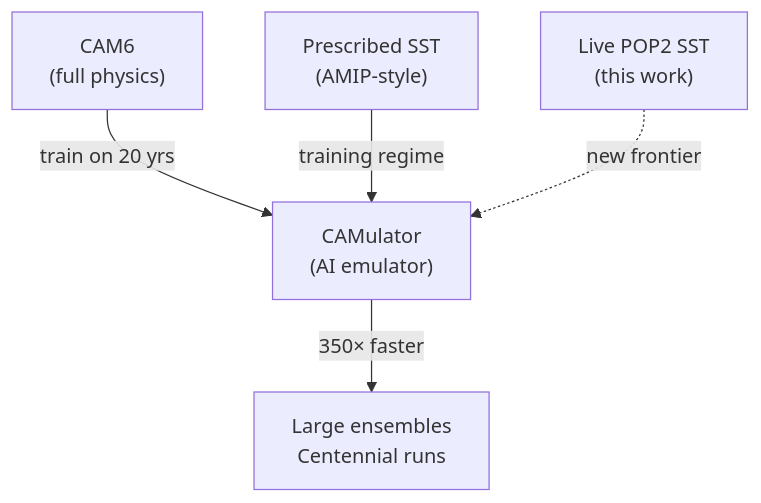
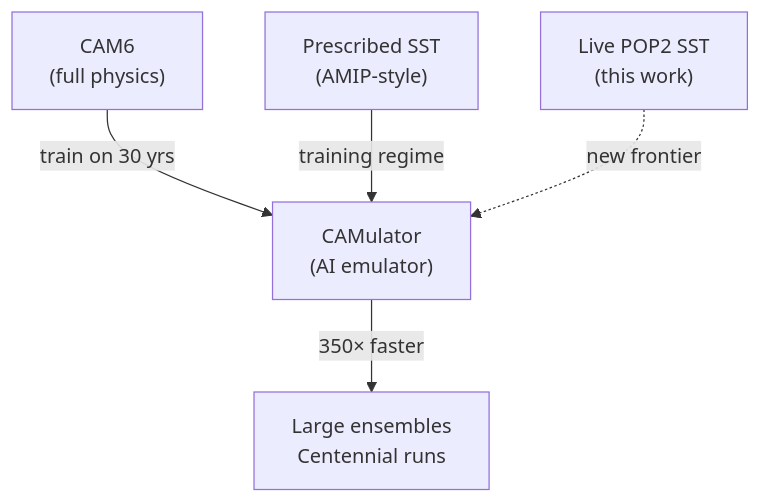
Before and after one commit to WillyChap/willychap.github.io: the first of 2 diagrams in slides/CAMulator_Coupling_Talk.qmd, drawn with Mermaid. The commit also changed other lines of this file, not shown here.

Commit message:
Restore CAMulator_Coupling_Talk.qmd from stash (user edits)

````diff
--- a/slides/CAMulator_Coupling_Talk.qmd
+++ b/slides/CAMulator_Coupling_Talk.qmd
@@ -78,9 +93,9 @@
 ```{mermaid}
 %%| fig-width: 6
 %%{init: {'theme': 'default'}}%%
 graph TD
-    A["CAM6<br/>(full physics)"] -->|"train on 20 yrs"| B["CAMulator<br/>(AI emulator)"]
+    A["CAM6<br/>(full physics)"] -->|"train on 30 yrs"| B["CAMulator<br/>(AI emulator)"]
     D["Prescribed SST<br/>(AMIP-style)"] -->|"training regime"| B
     B -->|"350× faster"| C["Large ensembles<br/>Centennial runs"]
     E["Live POP2 SST<br/>(this work)"] -.->|"new frontier"| B
 ```
````
